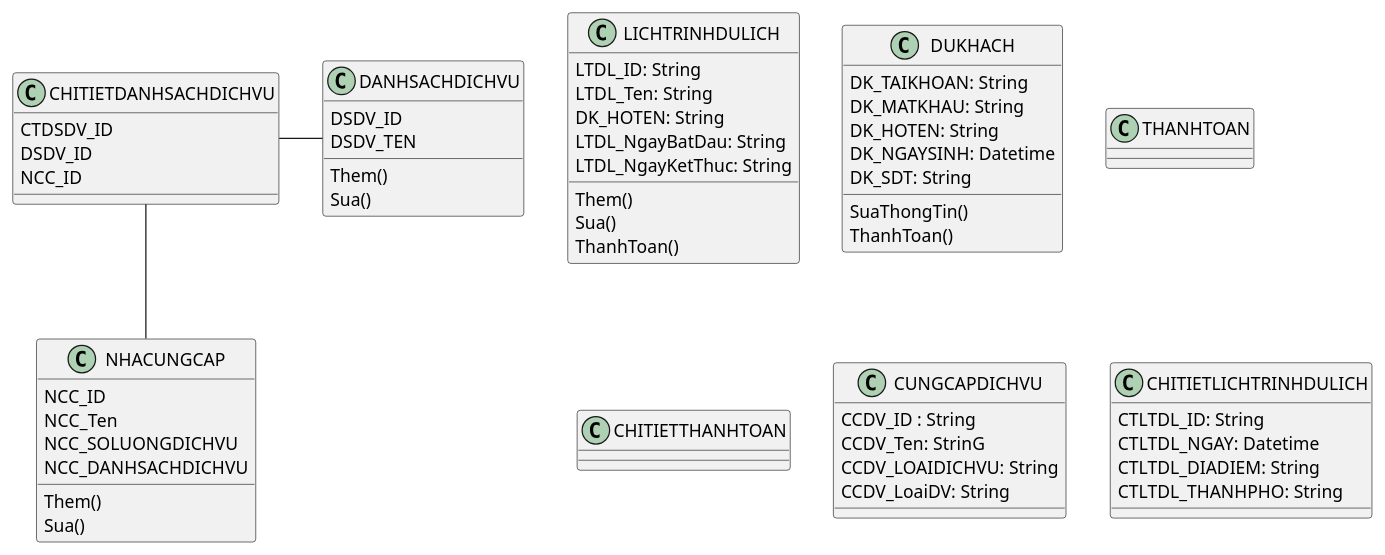
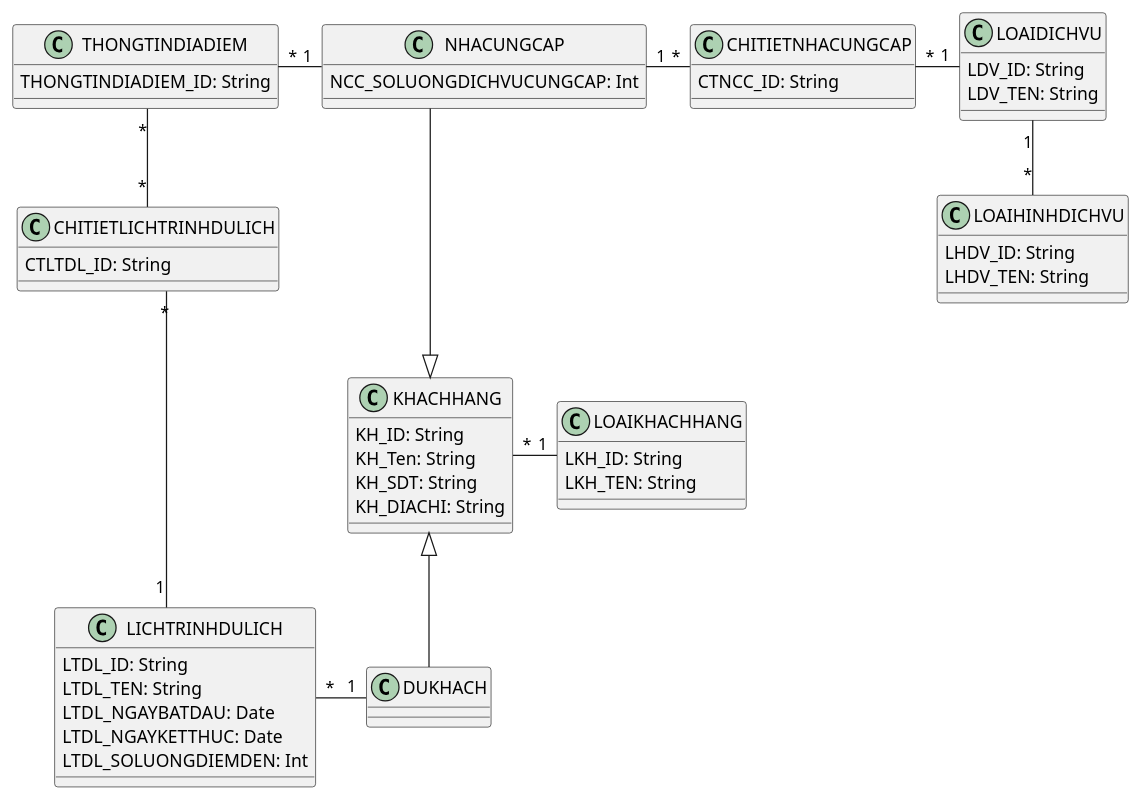
Before and after one commit to TranTan-Dat/LV_DuLichDienTu: the diagram in PlanUML/Class.puml, drawn with PlantUML.

Commit message:
Update sodo class

```diff
--- a/PlanUML/Class.puml
+++ b/PlanUML/Class.puml
@@ -1,111 +1,82 @@
 @startuml So Do class
-
+ skinparam linetype ortho
 ' Dịch vụ du lịch ở đây bao gồm các khu vui chơi,
 ' ăn ngủ nghỉ, dịch vụ đi lại, các dịch vụ sẽ có loại DV
 'Dịch vụ sẽ gồm có:
 '1. Phương tiện để đi lại (gồm có phương tiện đi đến nơi du lịch và phương tiện đi lại ở điểm du lịch)
 '2. Tham quan và ăn uống
 '3. chỗ ngủ
 
 
 
-Class DANHSACHDICHVU{
-  DSDV_ID
-  DSDV_TEN
-  Them()
-  Sua()
+class NHACUNGCAP{
+  NCC_SOLUONGDICHVUCUNGCAP: Int
 }
 
-class NHACUNGCAP{
-  NCC_ID
-  NCC_Ten
-  NCC_SOLUONGDICHVU
-  NCC_DANHSACHDICHVU
-  Them()
-  Sua()
+class CHITIETNHACUNGCAP{
+  CTNCC_ID: String
+
 }
 
+class THONGTINDIADIEM{
+  THONGTINDIADIEM_ID: String
+
+}
+
+class DUKHACH{
+
+}
 class LICHTRINHDULICH{
   LTDL_ID: String
-  LTDL_Ten: String
-  DK_HOTEN: String
-  LTDL_NgayBatDau: String
-  LTDL_NgayKetThuc: String
+  LTDL_TEN: String 
+  LTDL_NGAYBATDAU: Date 
+  LTDL_NGAYKETTHUC: Date
+  LTDL_SOLUONGDIEMDEN: Int
+}
+class CHITIETLICHTRINHDULICH{
+ CTLTDL_ID: String
 
+}
 
-  Them()
-  Sua()
-  ThanhToan()
+class KHACHHANG{
+  KH_ID: String
+  KH_Ten: String
+  KH_SDT: String
+  KH_DIACHI: String
+
+}
+
+class LOAIKHACHHANG{
+
+  LKH_ID: String
+  LKH_TEN: String
+
+}
+
+class LOAIDICHVU{
+  LDV_ID: String
+  LDV_TEN: String
+}
+
+class LOAIHINHDICHVU{
+  LHDV_ID: String
+  LHDV_TEN: String
 }
 
 
-class DUKHACH{
-  DK_TAIKHOAN: String
-  DK_MATKHAU: String
-  DK_HOTEN: String
-  DK_NGAYSINH: Datetime
-  DK_SDT: String
-  SuaThongTin()
-  ThanhToan()
-}
-Class THANHTOAN{}
-Class CHITIETTHANHTOAN{
+KHACHHANG "*"-"1" LOAIKHACHHANG
 
-}
-
-Class CUNGCAPDICHVU{
-  CCDV_ID : String
-  CCDV_Ten: StrinG
-  CCDV_LOAIDICHVU: String
-  CCDV_LoaiDV: String
-}
-'một lịch trình thì có 1-> n ngày, 1 ngày đi sẽ có nhiều dịch vụ bởi nhà cung cấp dv
-'1 ncc_DVu -> cung cấp cho nhiều lịch trình 
-'=> thực thể yếu => thêm chi tiết lịch trình du lịch mỗi ngày đi sẽ là 1 chi tiết
-
-  ' chỗ rối ở đây nếu hôm nay đi 2 chỗ mai đi 4 chỗ thì ghi sao
-class CHITIETLICHTRINHDULICH{
-  CTLTDL_ID: String
-  CTLTDL_NGAY: Datetime
-  CTLTDL_DIADIEM: String
-  CTLTDL_THANHPHO: String
-}
+NHACUNGCAP "1"-"*" CHITIETNHACUNGCAP
+CHITIETNHACUNGCAP "*"-"1" LOAIDICHVU 
+LOAIDICHVU "1"--"*" LOAIHINHDICHVU
+THONGTINDIADIEM "*"-"1" NHACUNGCAP
 
 
-'1 nhà cung cấp có thể có nhiều loại dịch vụ du lịch
-class CHITIETDANHSACHDICHVU{
-  CTDSDV_ID
-  DSDV_ID
-  NCC_ID
-  
-}
+LICHTRINHDULICH "*"-"1" DUKHACH
+CHITIETLICHTRINHDULICH "*"-"1" LICHTRINHDULICH
+THONGTINDIADIEM "*"--"*" CHITIETLICHTRINHDULICH
 
-class DANHSACHDICHVU{}
-' class PHUONGTIENDILAI{}
-' Class ANUONGTHAMQUAN{}
-' Class NGHINGOI{}
-
-
-' ------------------
-
-CHITIETDANHSACHDICHVU -- NHACUNGCAP
-CHITIETDANHSACHDICHVU - DANHSACHDICHVU
-
-
-
-' DUKHACH - LICHTRINHDULICH
-
-
-' NHACUNGCAP - DANHSACHDICHVU
-' LICHTRINHDULICH -- THANHTOAN
-' THANHTOAN - CHITIETTHANHTOAN
-' ' CHITIETTHANHTOAN --- CUNGCAPDICHVU
-' LICHTRINHDULICH -- CHITIETLICHTRINHDULICH
-' CHITIETLICHTRINHDULICH -- CUNGCAPDICHVU
-' DANHSACHDICHVU -- CUNGCAPDICHVU
-
-' CUNGCAPDICHVU <|-- NGHINGOI
-' CUNGCAPDICHVU <|-- ANUONGTHAMQUAN
-' CUNGCAPDICHVU <|-- PHUONGTIENDILAI
+NHACUNGCAP ---|> KHACHHANG
+KHACHHANG <|-- DUKHACH
 
 @enduml
```
